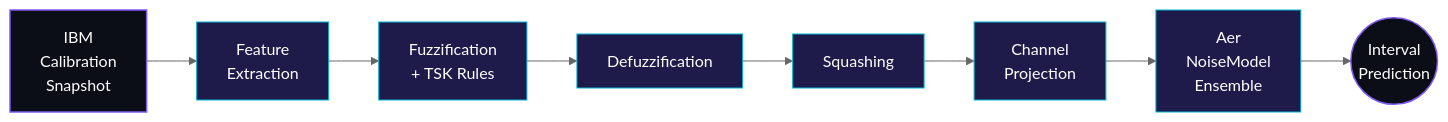
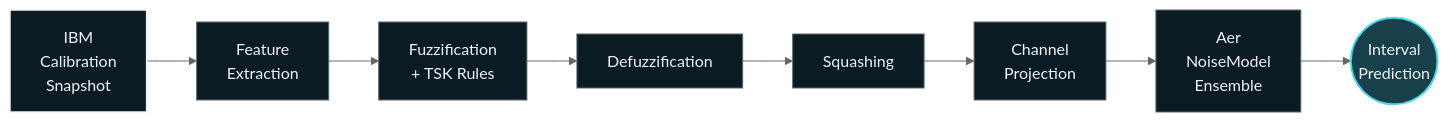
One commit to SuperconducTED/.github changed the diagram in README.md. Above: the diagram before and after it, drawn with Mermaid (neutral theme). The commit also changed other lines of this file and 5 other files, not shown here.

````diff
--- a/README.md
+++ b/README.md
@@ -36,15 +37,17 @@
 ```mermaid
 flowchart LR
     A[IBM<br/>Calibration<br/>Snapshot] --> B[Feature<br/>Extraction]
     B --> C[Fuzzification<br/>+ TSK Rules]
     C --> D[Defuzzification]
     D --> E[Squashing]
     E --> F[Channel<br/>Projection]
     F --> G[Aer<br/>NoiseModel<br/>Ensemble]
     G --> H((Interval<br/>Prediction))
 
-    classDef stage fill:#1e1b4b,stroke:#06b6d4,stroke-width:1px,color:#fff;
-    classDef io fill:#0b0d17,stroke:#7f5af0,stroke-width:1.5px,color:#fff;
-    class A,H io;
+    classDef stage fill:#0A1B24,stroke:#5A676D,stroke-width:1px,color:#EEF3F5;
+    classDef io fill:#0A1B24,stroke:#EEF3F5,stroke-width:1.5px,color:#EEF3F5;
+    classDef range fill:#18404B,stroke:#4FD6E6,stroke-width:2px,color:#EEF3F5;
+    class A io;
+    class H range;
     class B,C,D,E,F,G stage;
 ```
````
